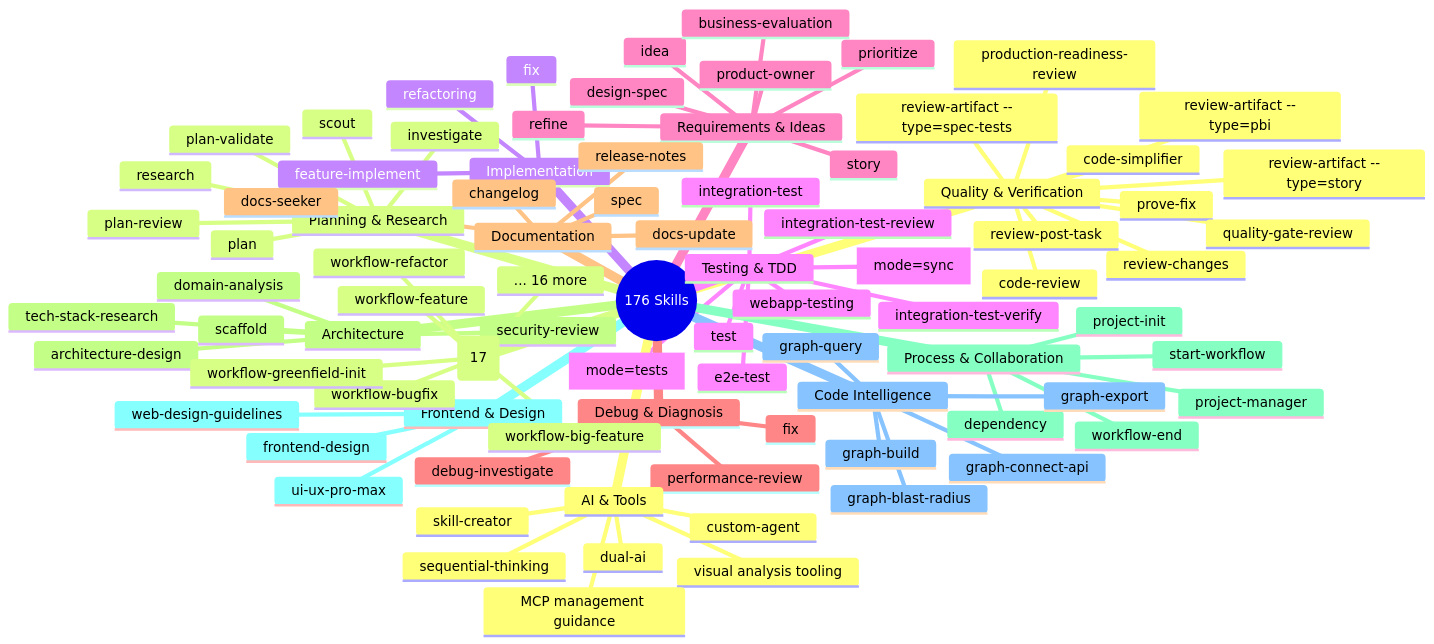
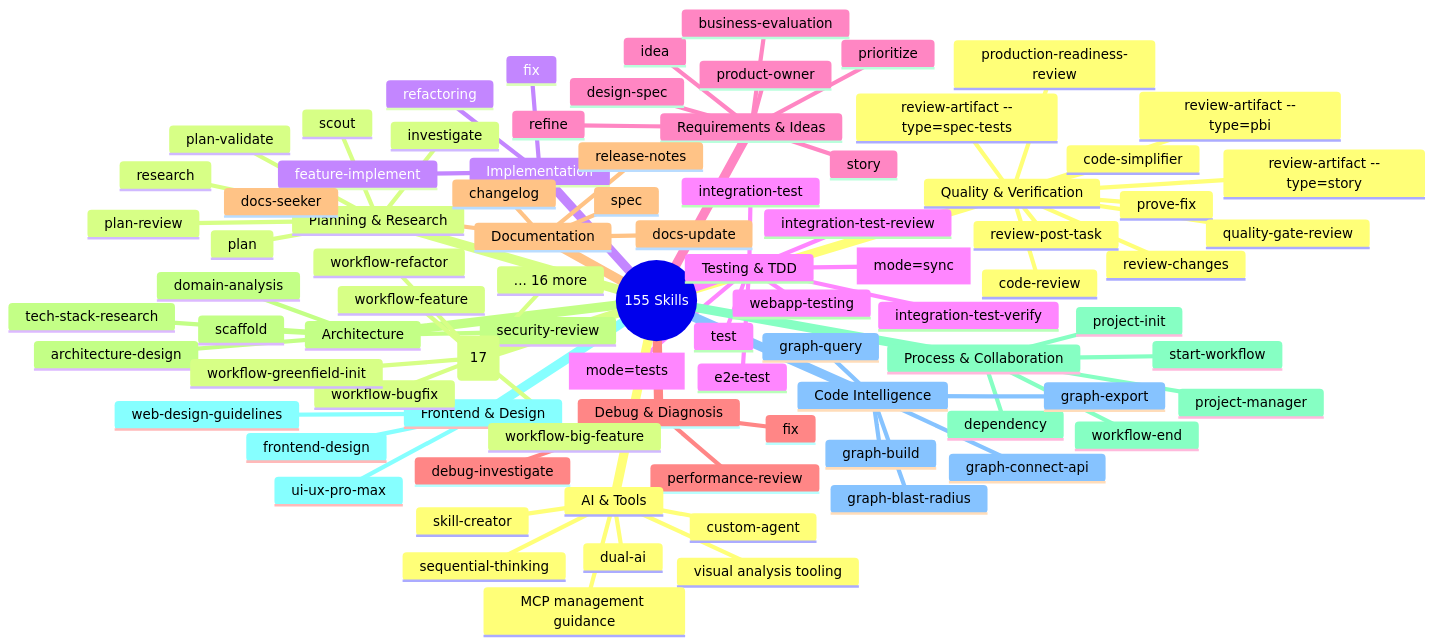
Before and after one commit to duc01226/easy-claude: the fifth of 20 diagrams in .claude/docs/claude-ai-agent-framework-guide.md, drawn with Mermaid. The commit also changed other lines of this file and 43 other files, not shown here.

````diff
--- a/.claude/docs/claude-ai-agent-framework-guide.md
+++ b/.claude/docs/claude-ai-agent-framework-guide.md
@@ -484,6 +463,6 @@
 ```mermaid
 mindmap
-  root((176 Skills))
+  root((155 Skills))
     Quality & Verification
       code-review
       prove-fix
````
